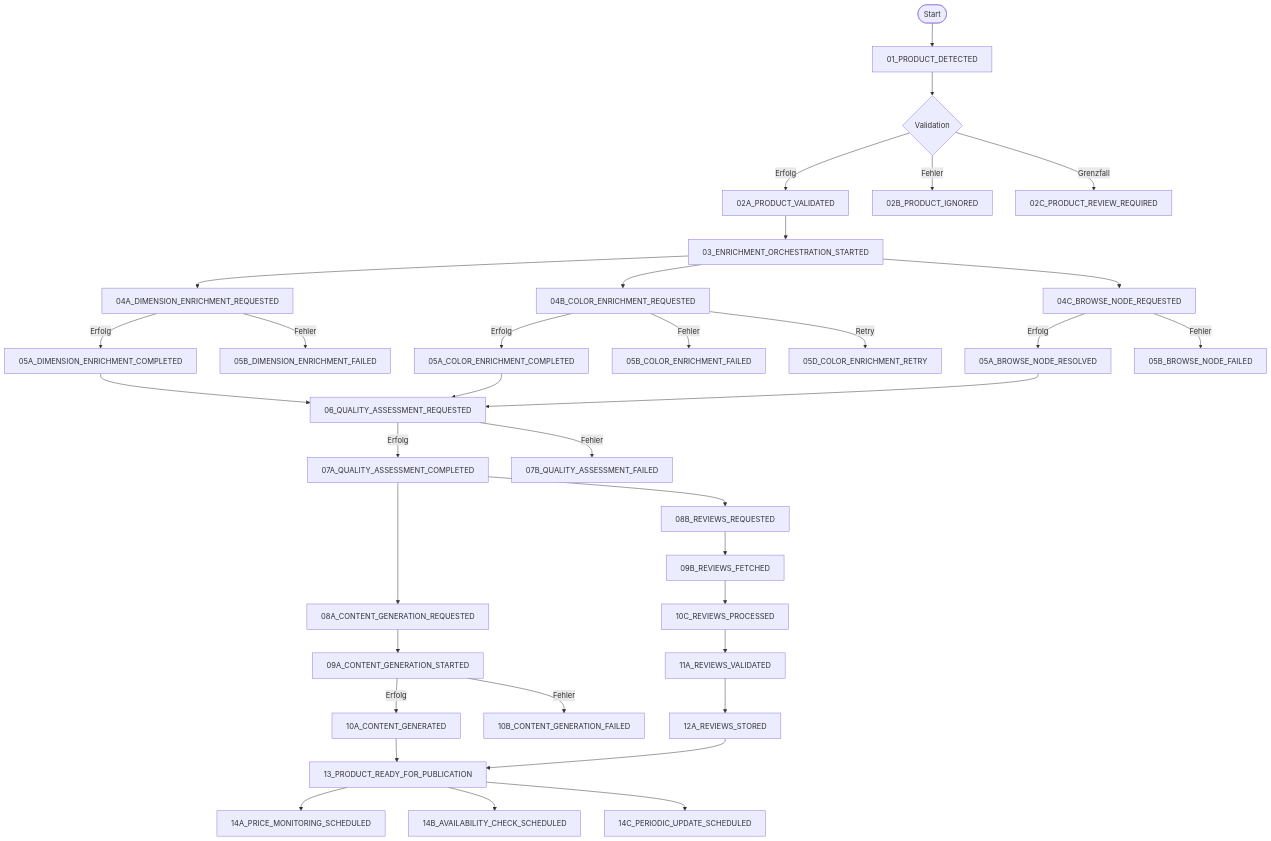
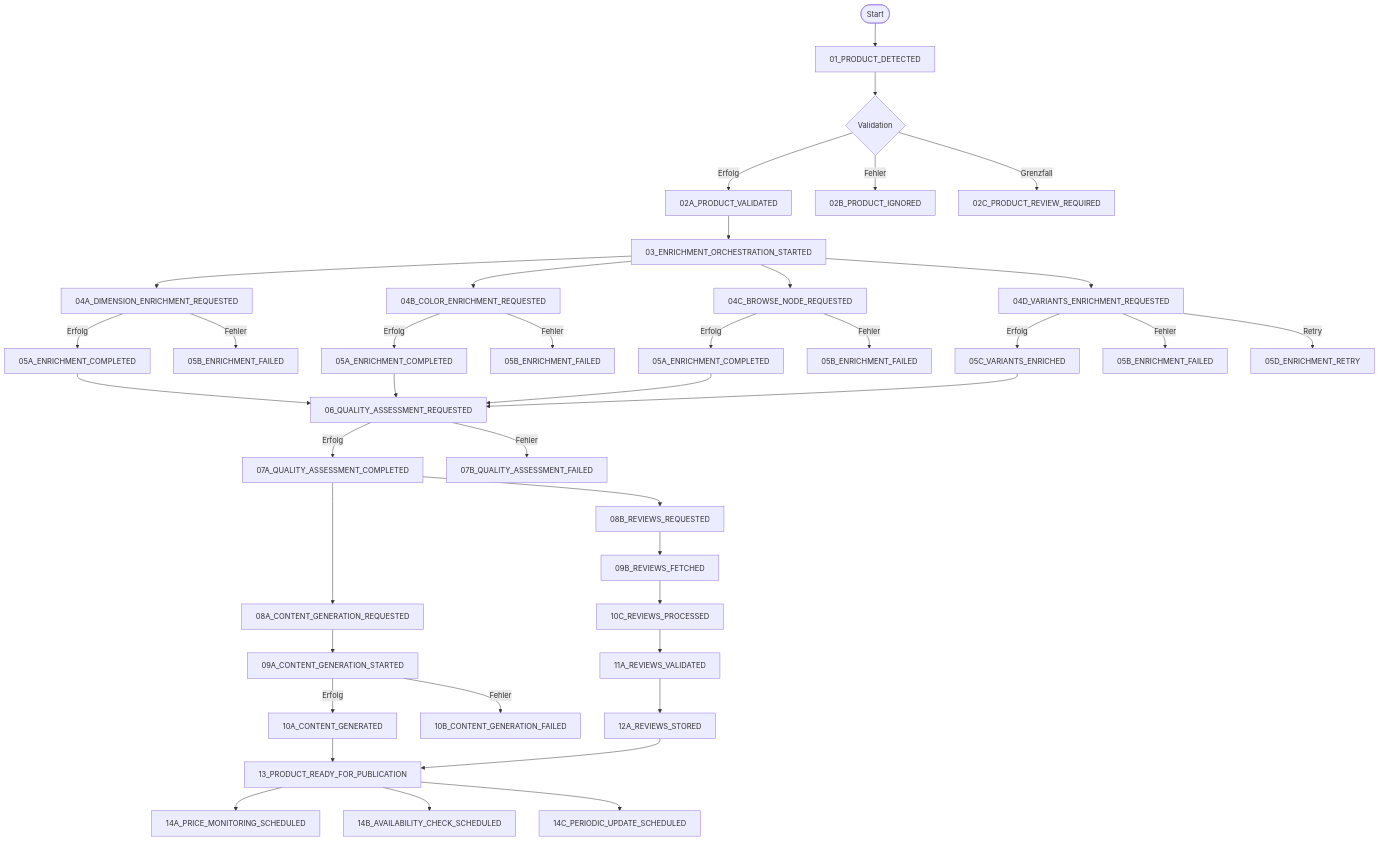
Before and after one commit to MalteBoehm/tall-affiliate-common: the diagram in EVENT_FLOW_DIAGRAM.md, drawn with Mermaid. The commit also changed other lines of this file and 1 other file, not shown here.

First line of the commit message:
Add PA-API variants enrichment events for color and image variants

````diff
--- a/EVENT_FLOW_DIAGRAM.md
+++ b/EVENT_FLOW_DIAGRAM.md
@@ -20,51 +20,56 @@
 ```mermaid
 graph TD
     Start([Start]) --> E01[01_PRODUCT_DETECTED]
     
     E01 --> E02{Validation}
     E02 -->|Erfolg| E02A[02A_PRODUCT_VALIDATED]
     E02 -->|Fehler| E02B[02B_PRODUCT_IGNORED]
     E02 -->|Grenzfall| E02C[02C_PRODUCT_REVIEW_REQUIRED]
     
     E02A --> E03[03_ENRICHMENT_ORCHESTRATION_STARTED]
     
     E03 --> E04A[04A_DIMENSION_ENRICHMENT_REQUESTED]
     E03 --> E04B[04B_COLOR_ENRICHMENT_REQUESTED]
     E03 --> E04C[04C_BROWSE_NODE_REQUESTED]
+    E03 --> E04D[04D_VARIANTS_ENRICHMENT_REQUESTED]
     
-    E04A -->|Erfolg| E05A1[05A_DIMENSION_ENRICHMENT_COMPLETED]
-    E04A -->|Fehler| E05B1[05B_DIMENSION_ENRICHMENT_FAILED]
+    E04A -->|Erfolg| E05A1[05A_ENRICHMENT_COMPLETED]
+    E04A -->|Fehler| E05B1[05B_ENRICHMENT_FAILED]
     
-    E04B -->|Erfolg| E05A2[05A_COLOR_ENRICHMENT_COMPLETED]
-    E04B -->|Fehler| E05B2[05B_COLOR_ENRICHMENT_FAILED]
-    E04B -->|Retry| E05D[05D_COLOR_ENRICHMENT_RETRY]
+    E04B -->|Erfolg| E05A2[05A_ENRICHMENT_COMPLETED]
+    E04B -->|Fehler| E05B2[05B_ENRICHMENT_FAILED]
     
-    E04C -->|Erfolg| E05A3[05A_BROWSE_NODE_RESOLVED]
-    E04C -->|Fehler| E05B3[05B_BROWSE_NODE_FAILED]
+    E04C -->|Erfolg| E05A3[05A_ENRICHMENT_COMPLETED]
+    E04C -->|Fehler| E05B3[05B_ENRICHMENT_FAILED]
+    
+    E04D -->|Erfolg| E05C[05C_VARIANTS_ENRICHED]
+    E04D -->|Fehler| E05B4[05B_ENRICHMENT_FAILED]
+    E04D -->|Retry| E05D[05D_ENRICHMENT_RETRY]
     
     E05A1 --> E06[06_QUALITY_ASSESSMENT_REQUESTED]
     E05A2 --> E06
     E05A3 --> E06
+    E05C --> E06
     
     E06 -->|Erfolg| E07A[07A_QUALITY_ASSESSMENT_COMPLETED]
     E06 -->|Fehler| E07B[07B_QUALITY_ASSESSMENT_FAILED]
     
     E07A --> E08A[08A_CONTENT_GENERATION_REQUESTED]
     E07A --> E08B[08B_REVIEWS_REQUESTED]
     
     E08A --> E09A[09A_CONTENT_GENERATION_STARTED]
     E09A -->|Erfolg| E10A[10A_CONTENT_GENERATED]
     E09A -->|Fehler| E10B[10B_CONTENT_GENERATION_FAILED]
     
     E08B --> E09B[09B_REVIEWS_FETCHED]
     E09B --> E10C[10C_REVIEWS_PROCESSED]
     E10C --> E11A[11A_REVIEWS_VALIDATED]
     E11A --> E12A[12A_REVIEWS_STORED]
     
     E10A --> E13[13_PRODUCT_READY_FOR_PUBLICATION]
     E12A --> E13
     
     E13 --> E14A[14A_PRICE_MONITORING_SCHEDULED]
     E13 --> E14B[14B_AVAILABILITY_CHECK_SCHEDULED]
     E13 --> E14C[14C_PERIODIC_UPDATE_SCHEDULED]
 ```
````
